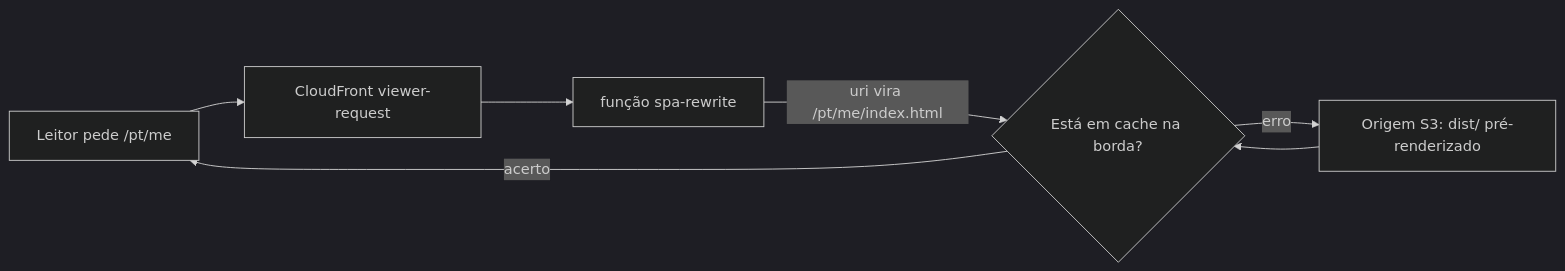
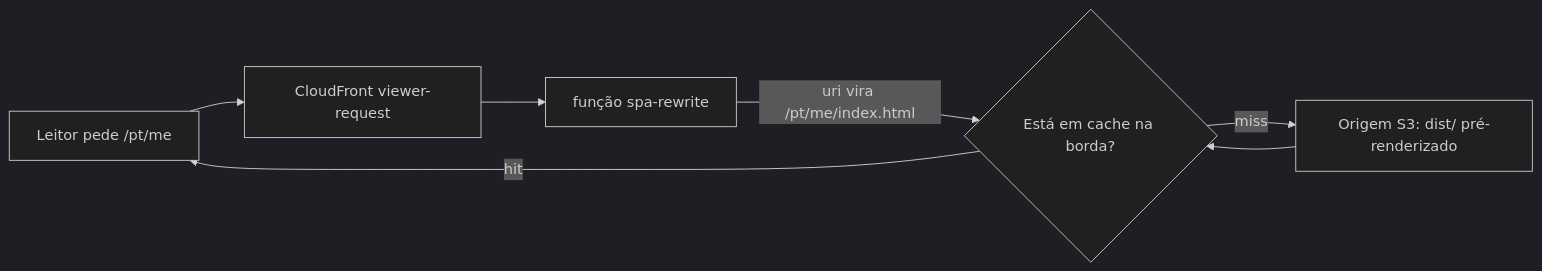
One commit to tedeuxx/tadeumendonca-io changed the diagram in apps/fed/src/content/architecture.pt.md. Above: the diagram before and after it, drawn with Mermaid (dark theme). The commit also changed other lines of this file and 10 other files, not shown here.

````diff
--- a/apps/fed/src/content/architecture.pt.md
+++ b/apps/fed/src/content/architecture.pt.md
@@ -13,11 +13,11 @@
 ```mermaid
 flowchart LR
   accTitle: Como uma requisição vira uma página
-  accDescr: Um leitor pede uma URL sem barra final. O CloudFront roda a função spa-rewrite no viewer-request, que acrescenta index.html. Um acerto de cache responde na borda; um erro busca o objeto pré-renderizado na origem S3.
+  accDescr: Um leitor pede uma URL sem barra final. O CloudFront roda a função spa-rewrite no viewer-request, que acrescenta index.html. Um hit de cache responde na borda; um miss busca o objeto pré-renderizado na origem S3.
   R["Leitor pede /pt/me"] --> V["CloudFront viewer-request"]
   V --> F["função spa-rewrite"]
   F -- "uri vira /pt/me/index.html" --> C{"Está em cache na borda?"}
-  C -- "acerto" --> R
-  C -- "erro" --> S["Origem S3: dist/ pré-renderizado"]
+  C -- "hit" --> R
+  C -- "miss" --> S["Origem S3: dist/ pré-renderizado"]
   S --> C
 ```
````
